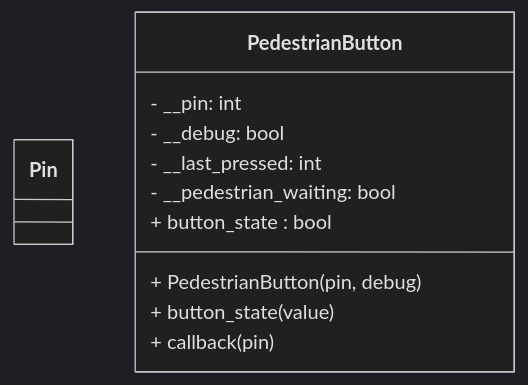
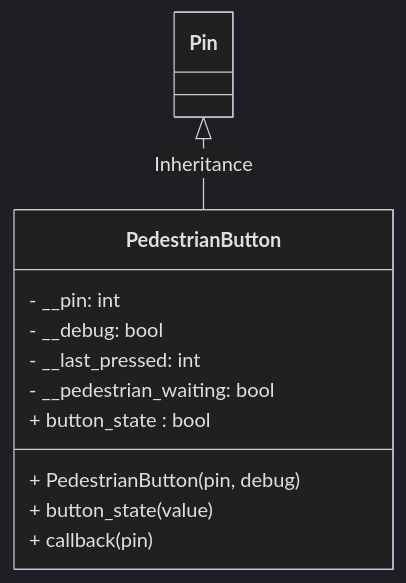
The first of 2 diagrams in tutorials/Lecture1.md (TempeHS/MicroPython_OOP_Pi_Pico_Mini_Project_Source), drawn with Mermaid (dark theme) before and after one commit.

````diff
--- a/tutorials/Lecture1.md
+++ b/tutorials/Lecture1.md
@@ -60,17 +60,18 @@
 ```mermaid
 classDiagram
 
     class Pin {
     }
 
     class PedestrianButton {
         - __pin: int
         - __debug: bool
         - __last_pressed: int
         - __pedestrian_waiting: bool
         + PedestrianButton(pin, debug)
         + button_state : bool
         + button_state(value)
         + callback(pin)
     }
+    Pin <|-- PedestrianButton : Inheritance
 ```
````
